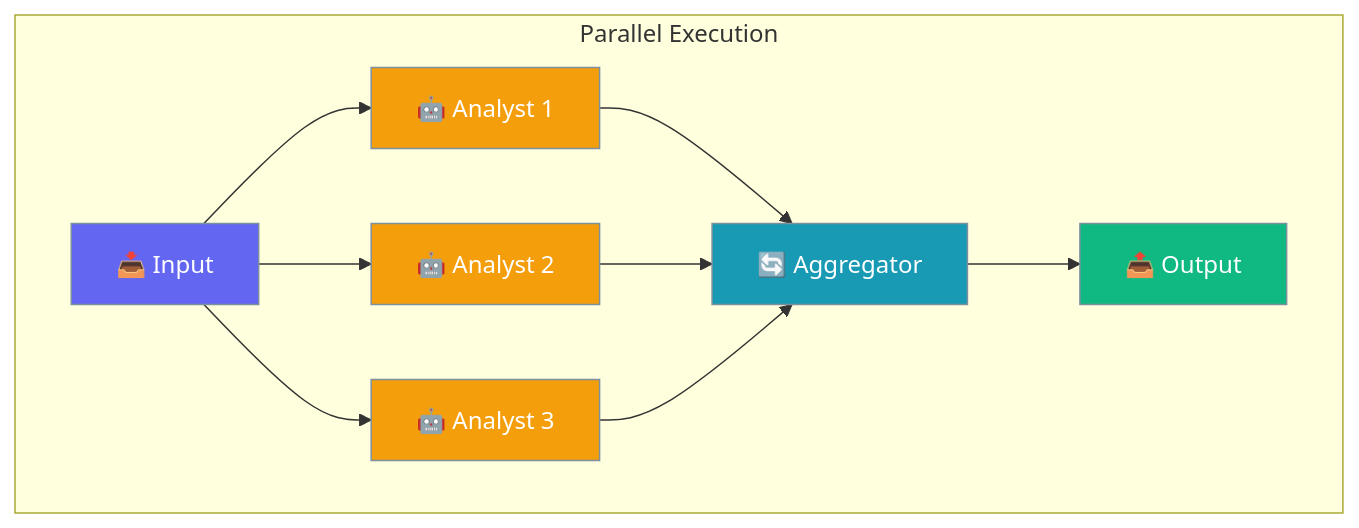
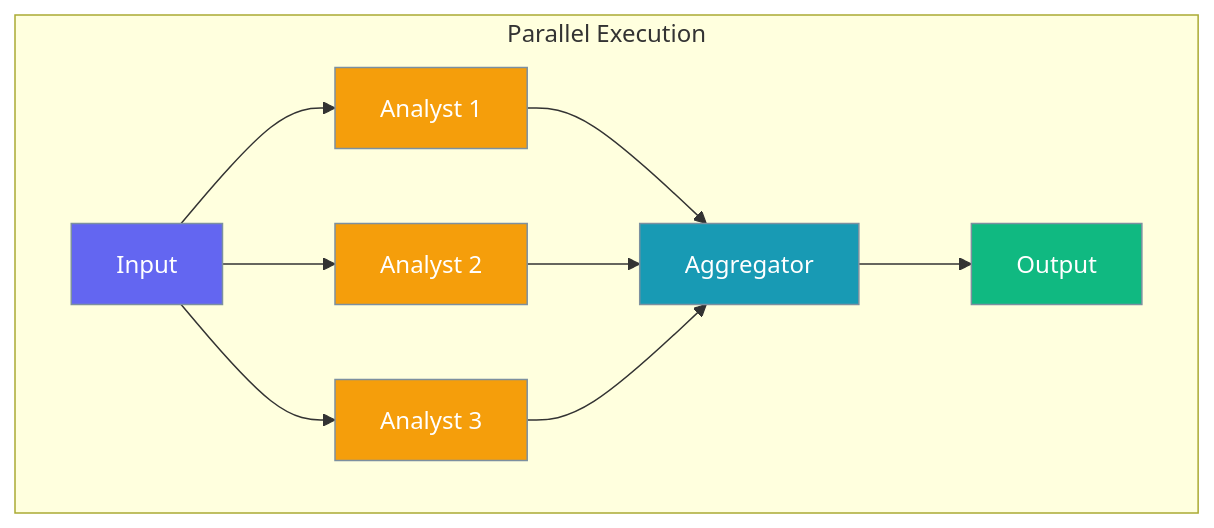
The fourth of 5 diagrams in docs/concepts/agentflow.mdx (MervinPraison/PraisonAIDocs), drawn with Mermaid before and after one commit. The commit also changed other lines of this file, not shown here.

Commit message:
Fix Mermaid diagrams: remove emojis for better rendering

````diff
--- a/docs/concepts/agentflow.mdx
+++ b/docs/concepts/agentflow.mdx
@@ -183,19 +183,19 @@
 ```mermaid
 flowchart TB
     subgraph Parallel["Parallel Execution"]
-        A["📥 Input"] --> B["🤖 Analyst 1"]
-        A --> C["🤖 Analyst 2"]
-        A --> D["🤖 Analyst 3"]
-        B --> E["🔄 Aggregator"]
+        A["Input"] --> B["Analyst 1"]
+        A --> C["Analyst 2"]
+        A --> D["Analyst 3"]
+        B --> E["Aggregator"]
         C --> E
         D --> E
-        E --> F["📤 Output"]
+        E --> F["Output"]
     end
     
     style A fill:#6366F1,stroke:#7C90A0,color:#fff
     style B fill:#F59E0B,stroke:#7C90A0,color:#fff
     style C fill:#F59E0B,stroke:#7C90A0,color:#fff
     style D fill:#F59E0B,stroke:#7C90A0,color:#fff
     style E fill:#189AB4,stroke:#7C90A0,color:#fff
     style F fill:#10B981,stroke:#7C90A0,color:#fff
 ```
````
